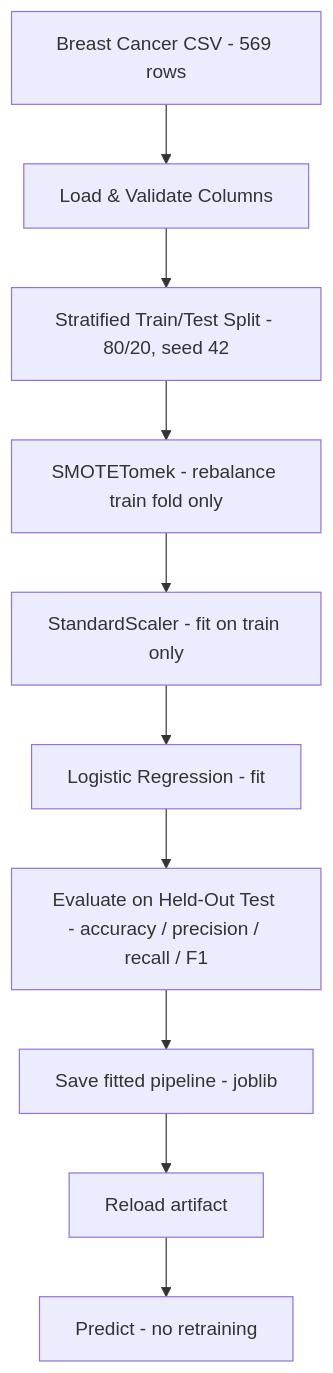
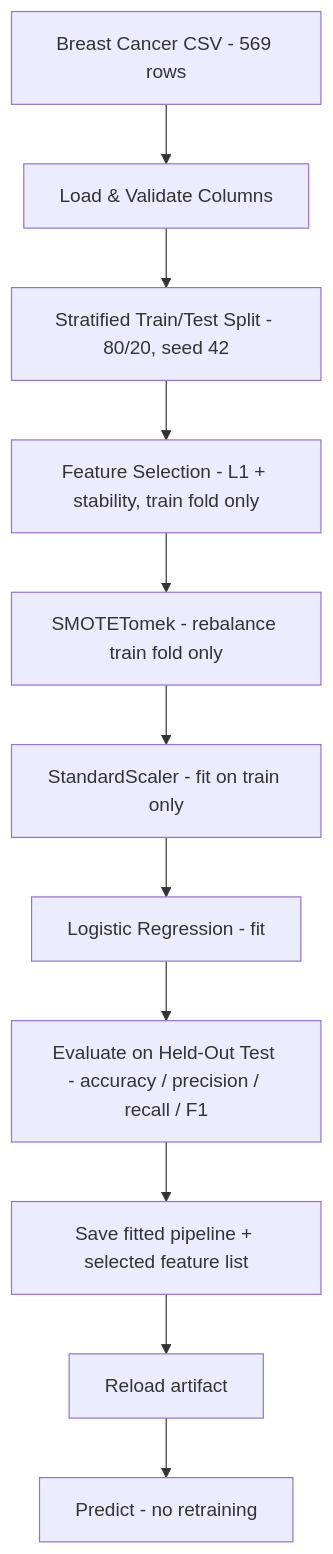
One commit to MarwanAbdellah/ML-Production_Project changed the first of 2 diagrams in README.md. Above: the diagram before and after it, drawn with Mermaid. The commit also changed other lines of this file and 1 other file, not shown here.

````diff
--- a/README.md
+++ b/README.md
@@ -58,12 +78,13 @@
 ```mermaid
 graph TD
     A[Breast Cancer CSV - 569 rows] --> B[Load & Validate Columns]
     B --> C[Stratified Train/Test Split - 80/20, seed 42]
-    C --> D[SMOTETomek - rebalance train fold only]
+    C --> S[Feature Selection - L1 + stability, train fold only]
+    S --> D[SMOTETomek - rebalance train fold only]
     D --> E[StandardScaler - fit on train only]
     E --> F[Logistic Regression - fit]
     F --> G[Evaluate on Held-Out Test - accuracy / precision / recall / F1]
-    G --> H[Save fitted pipeline - joblib]
+    G --> H[Save fitted pipeline + selected feature list]
     H --> I[Reload artifact]
     I --> J[Predict - no retraining]
 ```
````
